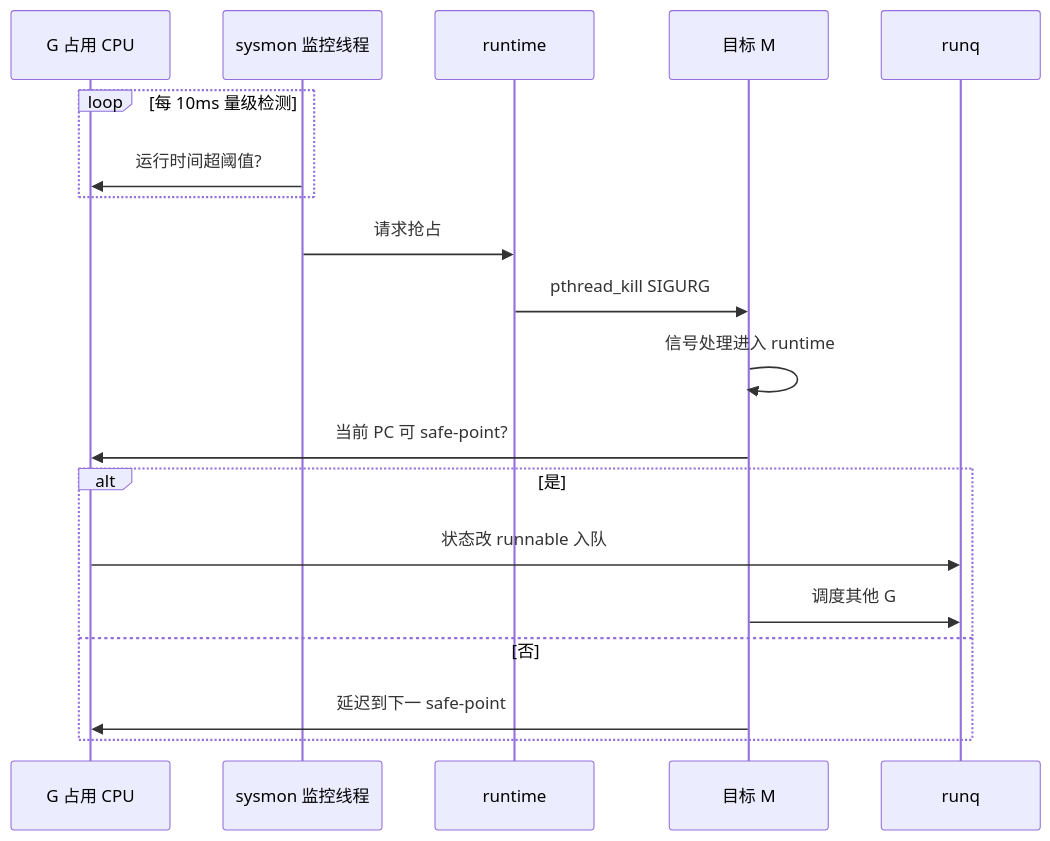
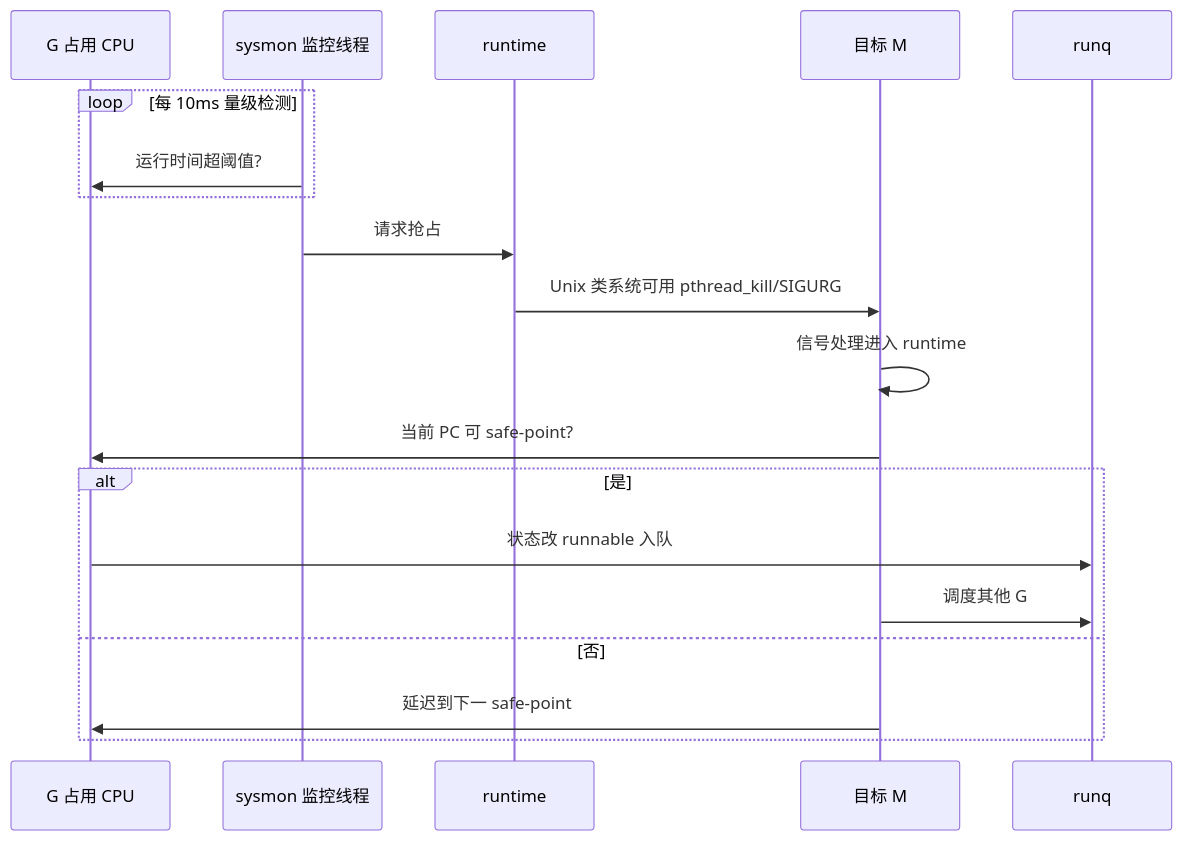
One commit to twodog-tt/Golang-development-manual changed the seventh of 8 diagrams in docs/interview/01-runtime-concurrency/S-CONC-01-gmp-overview.md. Above: the diagram before and after it, drawn with Mermaid. The commit also changed other lines of this file and 438 other files, not shown here.

````diff
--- a/docs/interview/01-runtime-concurrency/S-CONC-01-gmp-overview.md
+++ b/docs/interview/01-runtime-concurrency/S-CONC-01-gmp-overview.md
@@ -238,22 +235,22 @@
 ```mermaid
 sequenceDiagram
   participant G as G 占用 CPU
   participant Sys as sysmon 监控线程
   participant RT as runtime
   participant M as 目标 M
   participant Q as runq
 
   loop 每 10ms 量级检测
     Sys->>G: 运行时间超阈值?
   end
   Sys->>RT: 请求抢占
-  RT->>M: pthread_kill SIGURG
+  RT->>M: Unix 类系统可用 pthread_kill/SIGURG
   M->>M: 信号处理进入 runtime
   M->>G: 当前 PC 可 safe-point?
   alt 是
     G->>Q: 状态改 runnable 入队
     M->>Q: 调度其他 G
   else 否
     M->>G: 延迟到下一 safe-point
   end
 ```
````
